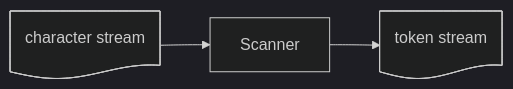
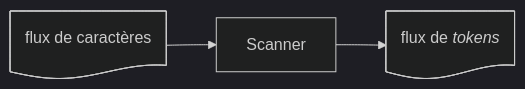
The third of 11 diagrams in slides.md (Pvlerick/DevDay2025), drawn with Mermaid (dark theme) before and after one commit. The commit also changed other lines of this file and 6 other files, not shown here.

````diff
--- a/slides.md
+++ b/slides.md
@@ -104,7 +113,7 @@
 ```mermaid
 flowchart LR
-    char_stream@{ shape: doc, label: "character stream"}
+    char_stream@{ shape: doc, label: "flux de caractères"}
     scanner["Scanner"]
-    token_stream@{ shape: doc, label: "token stream"}
+    token_stream@{ shape: doc, label: "flux de _tokens_"}
     char_stream --> scanner --> token_stream
 ```
````
